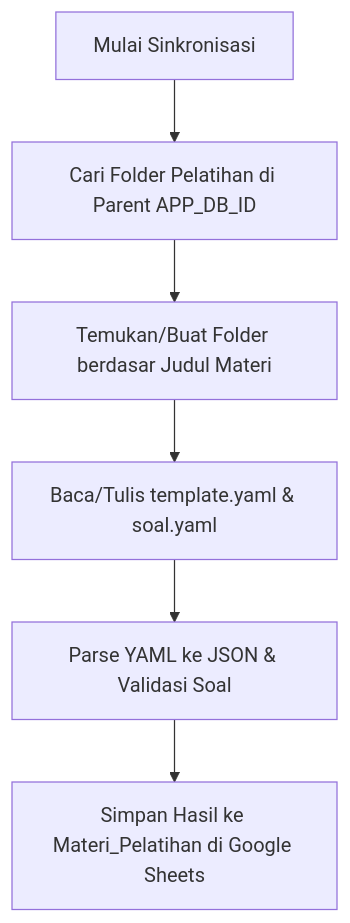
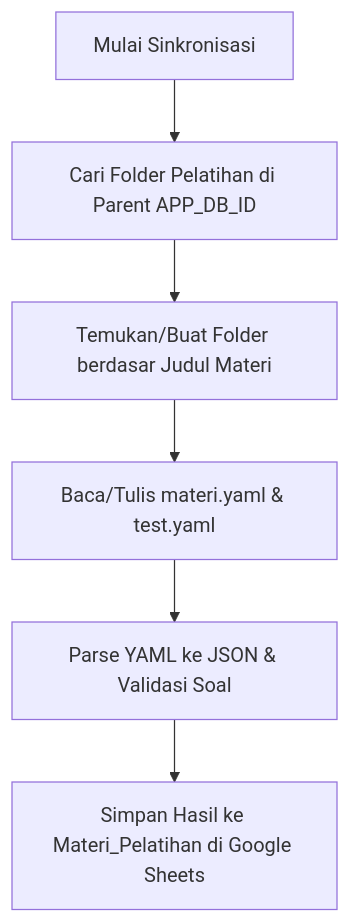
One commit to tjiptop/Pengawas_KBC changed the second of 2 diagrams in Pengawas/docs/pelatihan.md. Above: the diagram before and after it, drawn with Mermaid. The commit also changed other lines of this file and 38 other files, not shown here.

````diff
--- a/Pengawas/docs/pelatihan.md
+++ b/Pengawas/docs/pelatihan.md
@@ -205,8 +205,8 @@
 ```mermaid
 graph TD
     A[Mulai Sinkronisasi] --> B[Cari Folder Pelatihan di Parent APP_DB_ID]
     B --> C[Temukan/Buat Folder berdasar Judul Materi]
-    C --> D[Baca/Tulis template.yaml & soal.yaml]
+    C --> D[Baca/Tulis materi.yaml & test.yaml]
     D --> E[Parse YAML ke JSON & Validasi Soal]
     E --> F[Simpan Hasil ke Materi_Pelatihan di Google Sheets]
 ```
````
